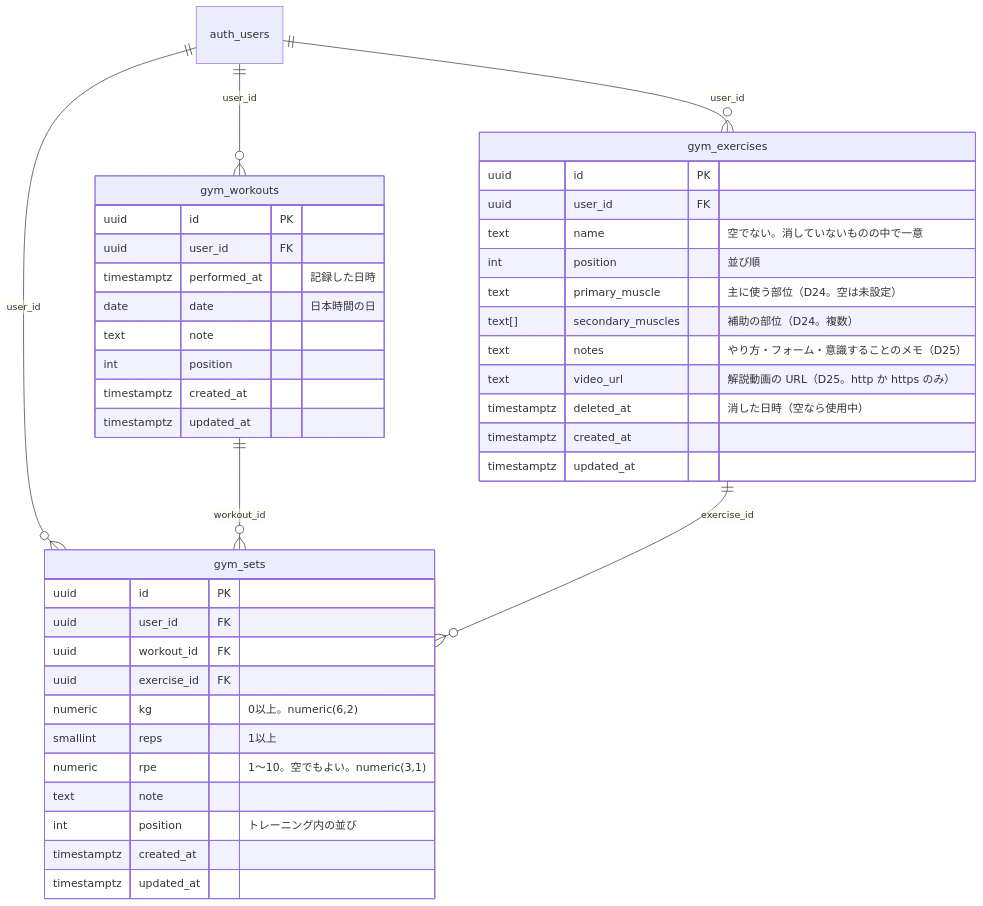
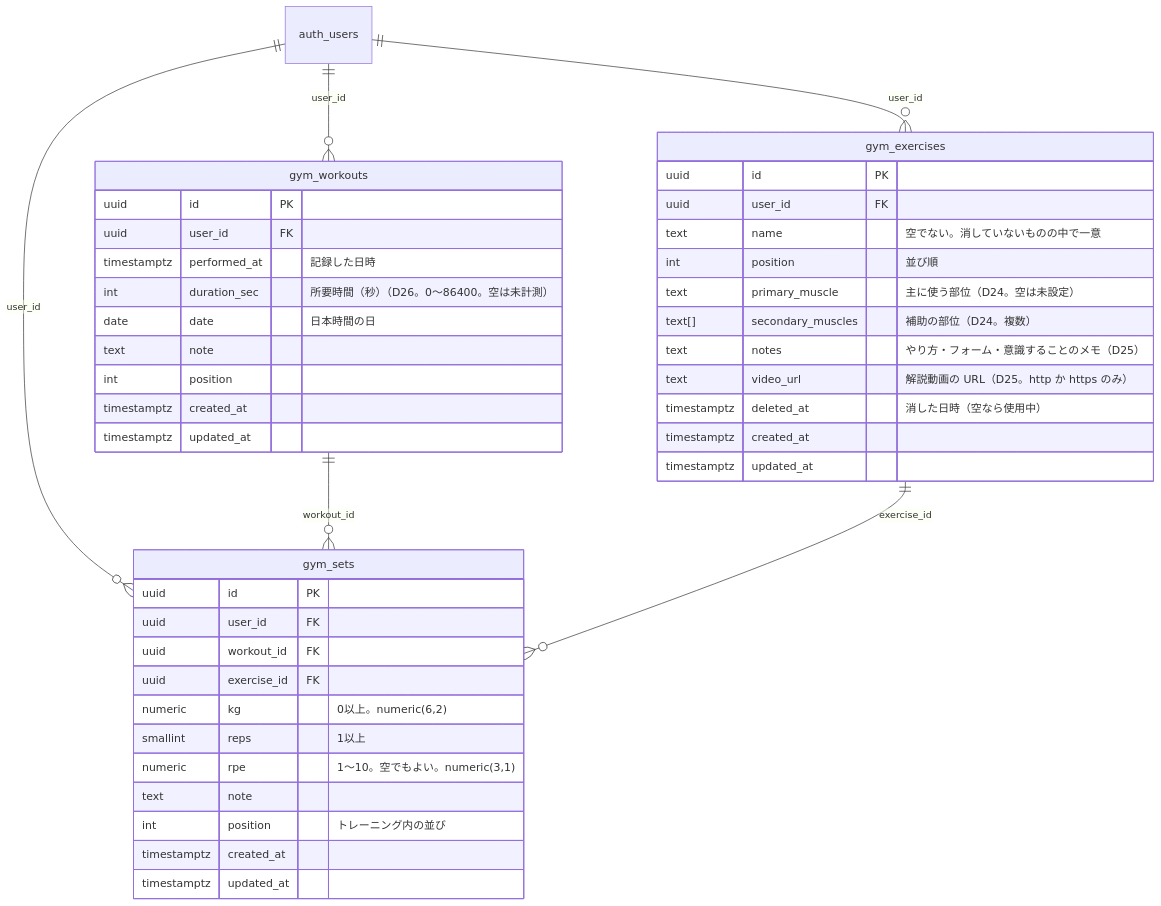
One commit to Keitaro0510/gymapp changed the diagram in docs/DB.md. Above: the diagram before and after it, drawn with Mermaid. The commit also changed other lines of this file and 8 other files, not shown here.

````diff
--- a/docs/DB.md
+++ b/docs/DB.md
@@ -11,45 +11,46 @@
 ```mermaid
 erDiagram
   auth_users ||--o{ gym_exercises : "user_id"
   auth_users ||--o{ gym_workouts : "user_id"
   auth_users ||--o{ gym_sets : "user_id"
   gym_workouts ||--o{ gym_sets : "workout_id"
   gym_exercises ||--o{ gym_sets : "exercise_id"
 
   gym_exercises {
     uuid id PK
     uuid user_id FK
     text name "空でない。消していないものの中で一意"
     int position "並び順"
     text primary_muscle "主に使う部位（D24。空は未設定）"
     text[] secondary_muscles "補助の部位（D24。複数）"
     text notes "やり方・フォーム・意識することのメモ（D25）"
     text video_url "解説動画の URL（D25。http か https のみ）"
     timestamptz deleted_at "消した日時（空なら使用中）"
     timestamptz created_at
     timestamptz updated_at
   }
   gym_workouts {
     uuid id PK
     uuid user_id FK
     timestamptz performed_at "記録した日時"
+    int duration_sec "所要時間（秒）（D26。0〜86400。空は未計測）"
     date date "日本時間の日"
     text note
     int position
     timestamptz created_at
     timestamptz updated_at
   }
   gym_sets {
     uuid id PK
     uuid user_id FK
     uuid workout_id FK
     uuid exercise_id FK
     numeric kg "0以上。numeric(6,2)"
     smallint reps "1以上"
     numeric rpe "1〜10。空でもよい。numeric(3,1)"
     text note
     int position "トレーニング内の並び"
     timestamptz created_at
     timestamptz updated_at
   }
 ```
````
